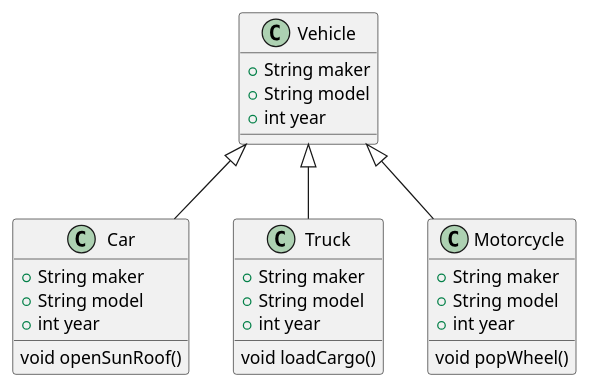
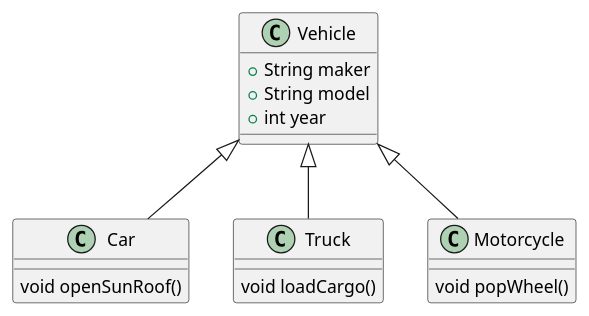
The diagram in lib/05_inheritance/vehicle/vehicle.puml (SeSAC-Flutter-6/learn_dart_together), drawn with PlantUML before and after one commit. The commit also changed 2 other files, not shown here.

Commit message:
fix : uml 중복사항, 화살표 방향 수정

```diff
--- a/lib/05_inheritance/vehicle/vehicle.puml
+++ b/lib/05_inheritance/vehicle/vehicle.puml
@@ -1,29 +1,20 @@
 @startuml
 class Vehicle{
 +String maker
 +String model
 +int year
 }
 
 class Car extends Vehicle{
-+String maker
-+String model
-+int year
 void openSunRoof()
 }
 
 class Truck extends Vehicle{
-+String maker
-+String model
-+int year
 void loadCargo()
 }
 
 class Motorcycle extends Vehicle{
-+String maker
-+String model
-+int year
 void popWheel()
 }
 
 @enduml
```
